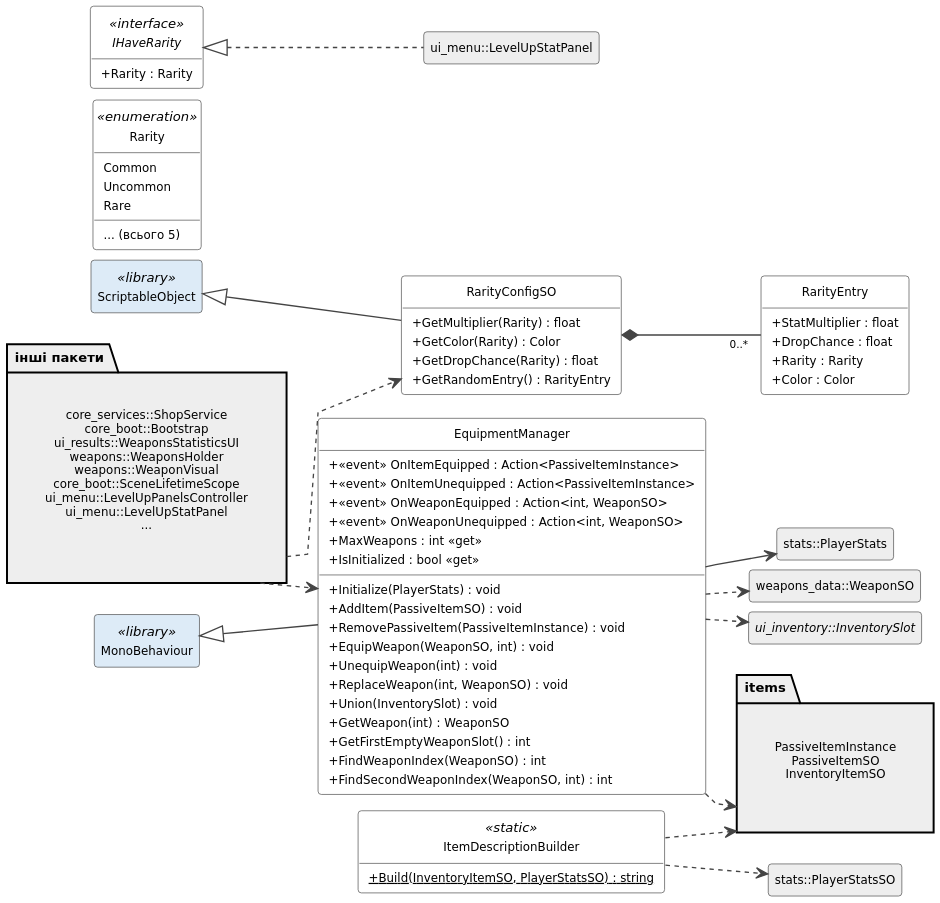
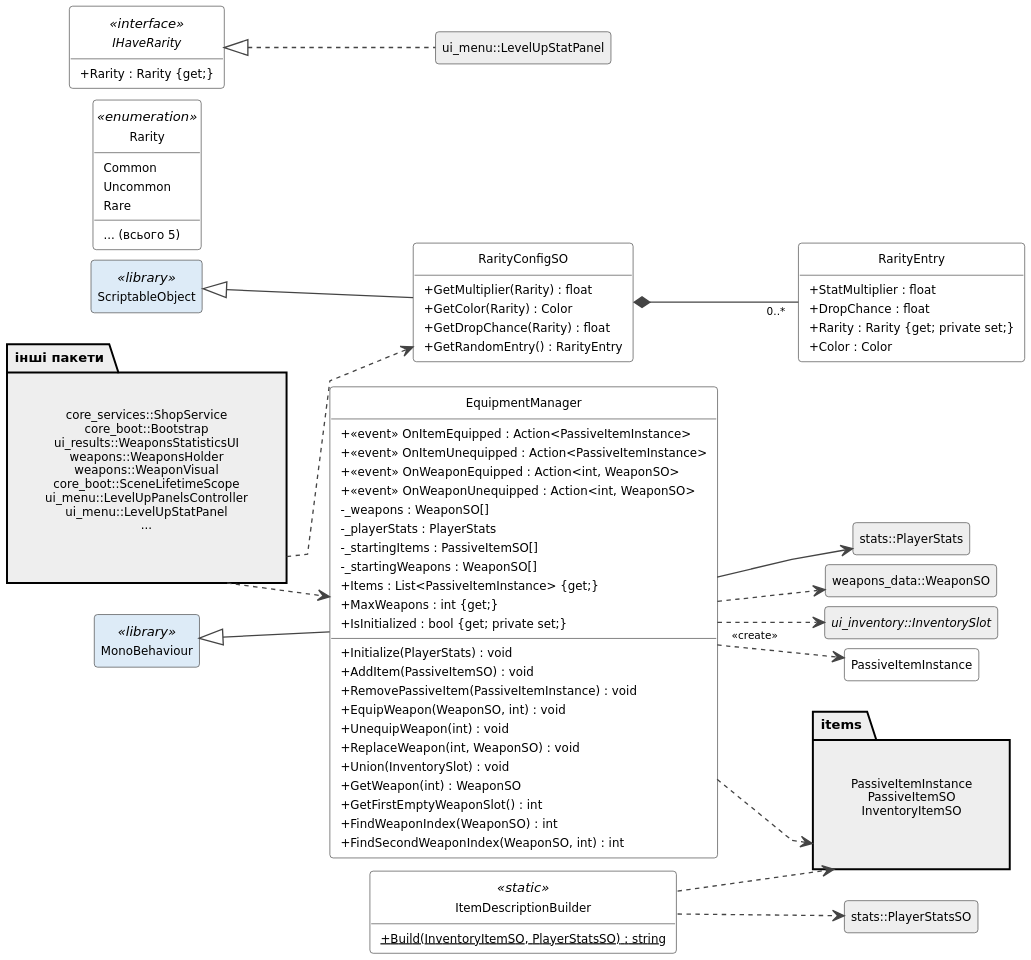
One commit to Rot1k/Undead_Harvest changed the diagram in Diagrams/Class/items_rarity.puml. Above: the diagram before and after it, drawn with PlantUML. The commit also changed 138 other files, not shown here.

```diff
--- a/Diagrams/Class/items_rarity.puml
+++ b/Diagrams/Class/items_rarity.puml
@@ -1,101 +1,107 @@
 @startuml
 skinparam style strictuml
 skinparam classAttributeIconSize 0
 skinparam dpi 200
 skinparam shadowing false
 skinparam defaultFontName DejaVu Sans
 skinparam defaultFontSize 10
 skinparam classFontSize 10
 skinparam classAttributeFontSize 9
 skinparam stereotypeFontSize 8
 skinparam ranksep 16
 skinparam nodesep 8
 skinparam padding 2
 skinparam ClassBackgroundColor White
 skinparam ClassBorderColor #444444
 skinparam ArrowColor #444444
 skinparam ArrowFontSize 8
 skinparam linetype polyline
 skinparam class<<grp>> {
   BackgroundColor White
   BorderColor #444444
 }
 skinparam class<<names>> {
   BackgroundColor transparent
   BorderColor transparent
 }
 hide <<names>> stereotype
 hide <<grp>> stereotype
 hide circle
 left to right direction
 hide empty members
 
 class RarityConfigSO {
   + GetMultiplier(Rarity) : float
   + GetColor(Rarity) : Color
   + GetDropChance(Rarity) : float
   + GetRandomEntry() : RarityEntry
 }
 class RarityEntry {
   + StatMultiplier : float
   + DropChance : float
-  + Rarity : Rarity
+  + Rarity : Rarity {get; private set;}
   + Color : Color
 }
 enum Rarity <<enumeration>> {
   Common
   Uncommon
   Rare
   ... (всього 5)
 }
 interface IHaveRarity <<interface>> {
-  + Rarity : Rarity
+  + Rarity : Rarity {get;}
 }
 class ItemDescriptionBuilder <<static>> {
   + {static} Build(InventoryItemSO, PlayerStatsSO) : string
 }
 class EquipmentManager {
-  +  <<event>> OnItemEquipped : Action<PassiveItemInstance>
-  +  <<event>> OnItemUnequipped : Action<PassiveItemInstance>
-  +  <<event>> OnWeaponEquipped : Action<int, WeaponSO>
-  +  <<event>> OnWeaponUnequipped : Action<int, WeaponSO>
-  + MaxWeapons : int <<get>>
-  + IsInitialized : bool <<get>>
+  + <<event>> OnItemEquipped : Action<PassiveItemInstance>
+  + <<event>> OnItemUnequipped : Action<PassiveItemInstance>
+  + <<event>> OnWeaponEquipped : Action<int, WeaponSO>
+  + <<event>> OnWeaponUnequipped : Action<int, WeaponSO>
+  - _weapons : WeaponSO[]
+  - _playerStats : PlayerStats
+  - _startingItems : PassiveItemSO[]
+  - _startingWeapons : WeaponSO[]
+  + Items : List<PassiveItemInstance> {get;}
+  + MaxWeapons : int {get;}
+  + IsInitialized : bool {get; private set;}
   + Initialize(PlayerStats) : void
   + AddItem(PassiveItemSO) : void
   + RemovePassiveItem(PassiveItemInstance) : void
   + EquipWeapon(WeaponSO, int) : void
   + UnequipWeapon(int) : void
   + ReplaceWeapon(int, WeaponSO) : void
   + Union(InventorySlot) : void
   + GetWeapon(int) : WeaponSO
   + GetFirstEmptyWeaponSlot() : int
   + FindWeaponIndex(WeaponSO) : int
   + FindSecondWeaponIndex(WeaponSO, int) : int
 }
 class "ui_menu::LevelUpStatPanel" as LevelUpStatPanel #EEEEEE
 class "stats::PlayerStats" as PlayerStats #EEEEEE
 class "stats::PlayerStatsSO" as PlayerStatsSO #EEEEEE
 class "weapons_data::WeaponSO" as WeaponSO #EEEEEE
 abstract class "ui_inventory::InventorySlot" as InventorySlot #EEEEEE
 class ScriptableObject <<library>> #DDEBF7
 class MonoBehaviour <<library>> #DDEBF7
 package "items" as OUT_items #EEEEEE {
   class "PassiveItemInstance\nPassiveItemSO\nInventoryItemSO" as OUT_items_n <<names>>
 }
 package "інші пакети" as IN_all #EEEEEE {
   class "core_services::ShopService\ncore_boot::Bootstrap\nui_results::WeaponsStatisticsUI\nweapons::WeaponsHolder\nweapons::WeaponVisual\ncore_boot::SceneLifetimeScope\nui_menu::LevelUpPanelsController\nui_menu::LevelUpStatPanel\n..." as IN_all_n <<names>>
 }
 ScriptableObject <|-- RarityConfigSO
 MonoBehaviour <|-- EquipmentManager
 IHaveRarity <|.. LevelUpStatPanel
 RarityConfigSO *-- "0..*" RarityEntry
 EquipmentManager ..> OUT_items
 ItemDescriptionBuilder ..> OUT_items
 EquipmentManager --> PlayerStats
+EquipmentManager ..> PassiveItemInstance : <<create>>
 ItemDescriptionBuilder ..> PlayerStatsSO
 EquipmentManager ..> WeaponSO
 EquipmentManager ..> InventorySlot
 IN_all ..> EquipmentManager
 IN_all ..> RarityConfigSO
 @enduml
```
